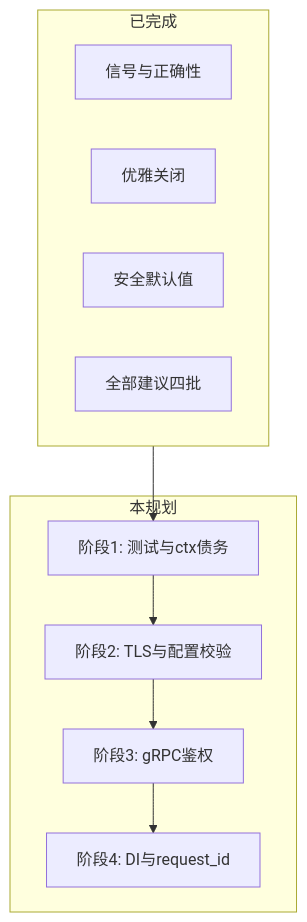
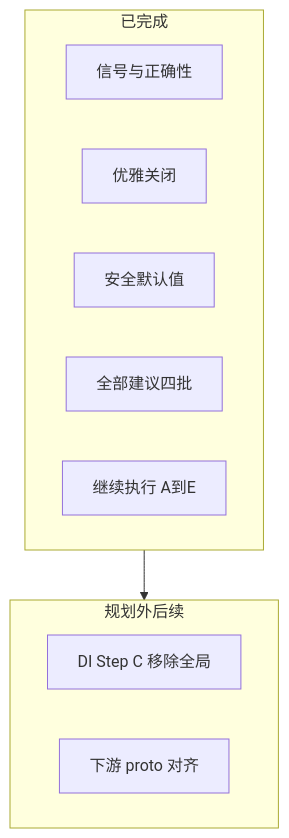
Before and after one commit to PunchDog/TouchGoCore: the first of 3 diagrams in .cursor/plans/touchgocore_剩余规划_075b4652.plan.md, drawn with Mermaid. The commit also changed other lines of this file and 26 other files, not shown here.

````diff
--- a/.cursor/plans/touchgocore_剩余规划_075b4652.plan.md
+++ b/.cursor/plans/touchgocore_剩余规划_075b4652.plan.md
@@ -41,19 +42,15 @@
 ```mermaid
 flowchart TB
   subgraph done [已完成]
     P0[信号与正确性]
     P1[优雅关闭]
     P2[安全默认值]
     FU[全部建议四批]
+    CE[继续执行 A到E]
   end
-  subgraph remain [本规划]
-    T1[阶段1: 测试与ctx债务]
-    T2[阶段2: TLS与配置校验]
-    T3[阶段3: gRPC鉴权]
-    T4[阶段4: DI与request_id]
+  subgraph later [规划外后续]
+    StepC[DI Step C 移除全局]
+    Downstream[下游 proto 对齐]
   end
-  done --> T1
-  T1 --> T2
-  T2 --> T3
-  T3 --> T4
+  done --> later
 ```
````
